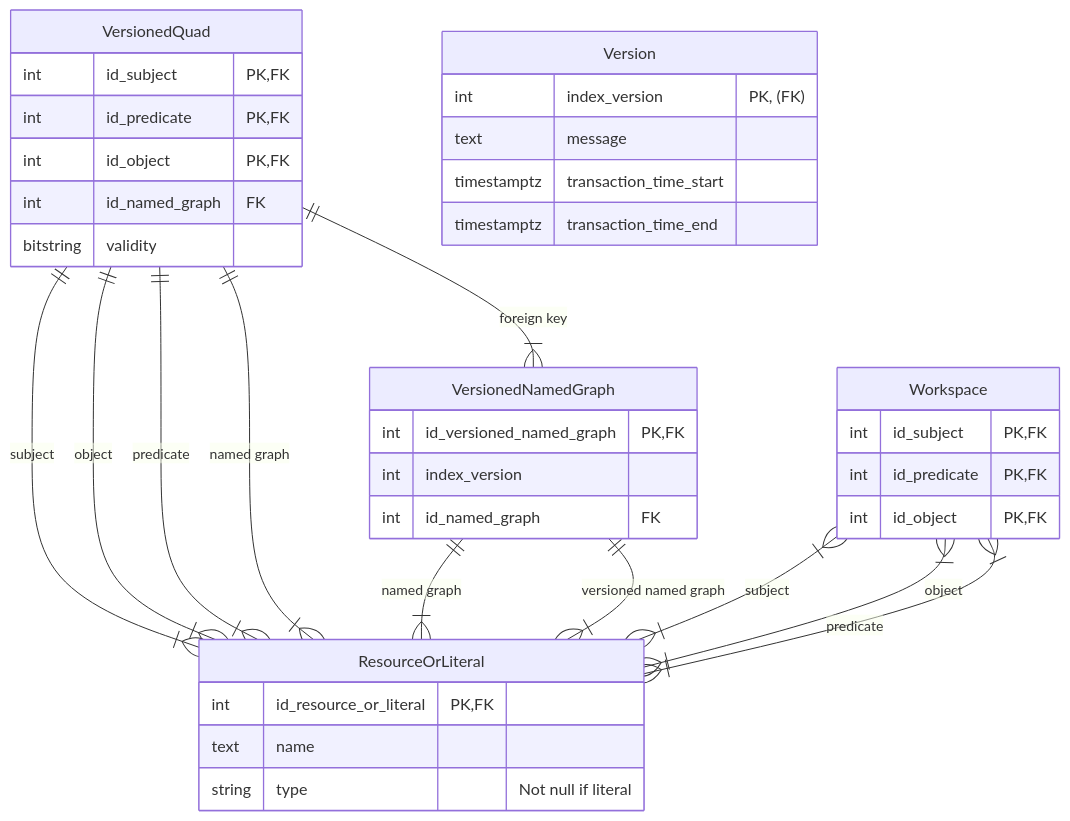
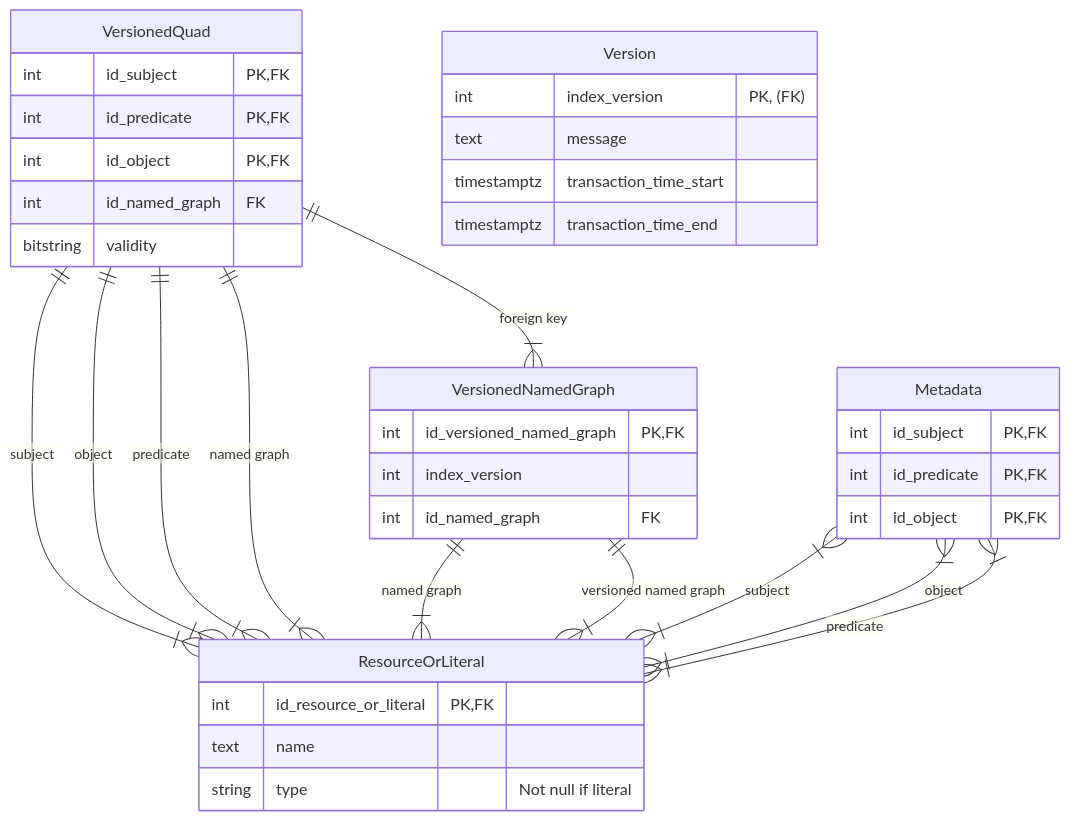
Before and after one commit to VCityTeam/ConVer-G: the second of 5 diagrams in Readme.md, drawn with Mermaid. The commit also changed other lines of this file and 4 other files, not shown here.

Commit message:
Begin workspace renaming - batch insert not working - changed workspace to metadata

````diff
--- a/Readme.md
+++ b/Readme.md
@@ -195,41 +173,41 @@
 ```mermaid
 erDiagram
     VersionedQuad ||--|{ ResourceOrLiteral: "subject"
     VersionedQuad ||--|{ ResourceOrLiteral: "object"
     VersionedQuad ||--|{ ResourceOrLiteral: "predicate"
     VersionedQuad ||--|{ ResourceOrLiteral: "named graph"
     VersionedNamedGraph ||--|{ ResourceOrLiteral: "named graph"
     VersionedNamedGraph ||--|{ ResourceOrLiteral: "versioned named graph"
-    Workspace }|--|{ ResourceOrLiteral: "subject"
-    Workspace }|--|{ ResourceOrLiteral: "object"
-    Workspace }|--|{ ResourceOrLiteral: "predicate"
+    Metadata }|--|{ ResourceOrLiteral: "subject"
+    Metadata }|--|{ ResourceOrLiteral: "object"
+    Metadata }|--|{ ResourceOrLiteral: "predicate"
     VersionedQuad ||--|{ VersionedNamedGraph: "foreign key"
     VersionedQuad {
         int id_subject PK, FK
         int id_predicate PK, FK
         int id_object PK, FK
         int id_named_graph FK
         bitstring validity
     }
     VersionedNamedGraph {
         int id_versioned_named_graph PK, FK
         int index_version
         int id_named_graph FK
     }
     ResourceOrLiteral {
         int id_resource_or_literal PK, FK
         text name
         string type "Not null if literal"
     }
     Version {
         int index_version "PK, (FK)"
         text message
         timestamptz transaction_time_start
         timestamptz transaction_time_end
     }
-    Workspace {
+    Metadata {
         int id_subject PK, FK
         int id_predicate PK, FK
         int id_object PK, FK
     }
 ```
````
